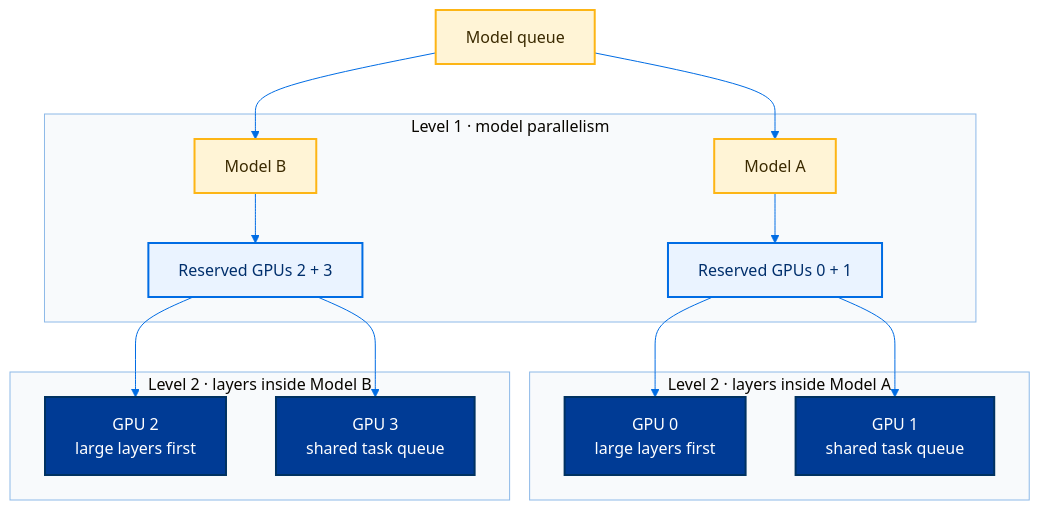
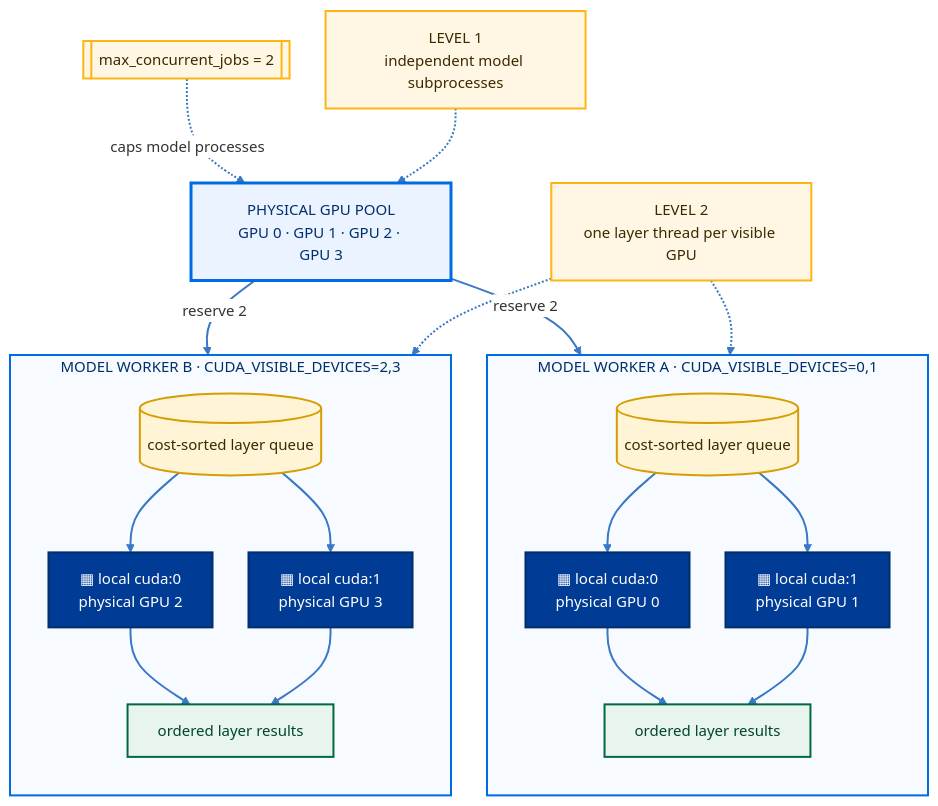
One commit to RpM-Kinshuk/Model-Zoo changed the second of 5 diagrams in README.md. Above: the diagram before and after it, drawn with Mermaid. The commit also changed other lines of this file, not shown here.

````diff
--- a/README.md
+++ b/README.md
@@ -136,28 +150,47 @@
 ```mermaid
-%%{init: {"theme":"base","themeVariables":{"fontFamily":"Inter, ui-sans-serif, system-ui","lineColor":"#006CE4","clusterBkg":"#F8FAFC","clusterBorder":"#8DB9E8"}}}%%
+%%{init: {"theme":"base","flowchart":{"curve":"basis","nodeSpacing":36,"rankSpacing":52},"themeVariables":{"fontFamily":"Inter, ui-sans-serif, system-ui","fontSize":"15px","lineColor":"#3978C5","clusterBkg":"#F7FAFF","clusterBorder":"#8DB9E8","edgeLabelBackground":"#FFFFFF"}}}%%
 flowchart TB
-    Q[Model queue] --> A[Model A]
-    Q --> B[Model B]
+    POOL["PHYSICAL GPU POOL<br/>GPU 0 · GPU 1 · GPU 2 · GPU 3"]
+    LIMIT[["max_concurrent_jobs = 2"]]
 
-    subgraph OUTER[Level 1 · model parallelism]
-        A --> GA[Reserved GPUs 0 + 1]
-        B --> GB[Reserved GPUs 2 + 3]
+    POOL -->|reserve 2| QA
+    POOL -->|reserve 2| QB
+    LIMIT -. caps model processes .-> POOL
+
+    subgraph A["MODEL WORKER A  ·  CUDA_VISIBLE_DEVICES=0,1"]
+        direction TB
+        QA[("cost-sorted layer queue")]
+        QA --> A0["▦  local cuda:0<br/>physical GPU 0"]
+        QA --> A1["▦  local cuda:1<br/>physical GPU 1"]
+        A0 --> AO["ordered layer results"]
+        A1 --> AO
     end
 
-    subgraph INNERA[Level 2 · layers inside Model A]
-        GA --> A0[GPU 0<br/>large layers first]
-        GA --> A1[GPU 1<br/>shared task queue]
+    subgraph B["MODEL WORKER B  ·  CUDA_VISIBLE_DEVICES=2,3"]
+        direction TB
+        QB[("cost-sorted layer queue")]
+        QB --> B0["▦  local cuda:0<br/>physical GPU 2"]
+        QB --> B1["▦  local cuda:1<br/>physical GPU 3"]
+        B0 --> BO["ordered layer results"]
+        B1 --> BO
     end
 
-    subgraph INNERB[Level 2 · layers inside Model B]
-        GB --> B0[GPU 2<br/>large layers first]
-        GB --> B1[GPU 3<br/>shared task queue]
-    end
+    OUTER["LEVEL 1<br/>independent model subprocesses"] -.-> POOL
+    INNER["LEVEL 2<br/>one layer thread per visible GPU"] -.-> QA
+    INNER -.-> QB
 
-    classDef model fill:#FFF4D6,stroke:#FDB515,color:#3B2A00,stroke-width:2px;
-    classDef group fill:#EAF3FF,stroke:#006CE4,color:#002F6C,stroke-width:2px;
-    classDef gpu fill:#003B95,stroke:#003262,color:#FFFFFF,stroke-width:2px;
-    class Q,A,B model;
-    class GA,GB group;
+    classDef annotation fill:#FFF7E3,stroke:#FDB515,color:#3B2A00,stroke-width:2px;
+    classDef scheduler fill:#EAF3FF,stroke:#006CE4,color:#002F6C,stroke-width:3px;
+    classDef queue fill:#FFF4D6,stroke:#D69E00,color:#3B2A00,stroke-width:2px;
+    classDef gpu fill:#003B95,stroke:#002F6C,color:#FFFFFF,stroke-width:2px;
+    classDef result fill:#E8F5EF,stroke:#00693E,color:#00452A,stroke-width:2px;
+    class POOL scheduler;
+    class LIMIT,OUTER,INNER annotation;
+    class QA,QB queue;
     class A0,A1,B0,B1 gpu;
+    class AO,BO result;
+
+    style A fill:#F7FAFF,stroke:#006CE4,stroke-width:2px,color:#002F6C
+    style B fill:#F7FAFF,stroke:#006CE4,stroke-width:2px,color:#002F6C
+    linkStyle default stroke:#3978C5,stroke-width:2px
 ```
````
